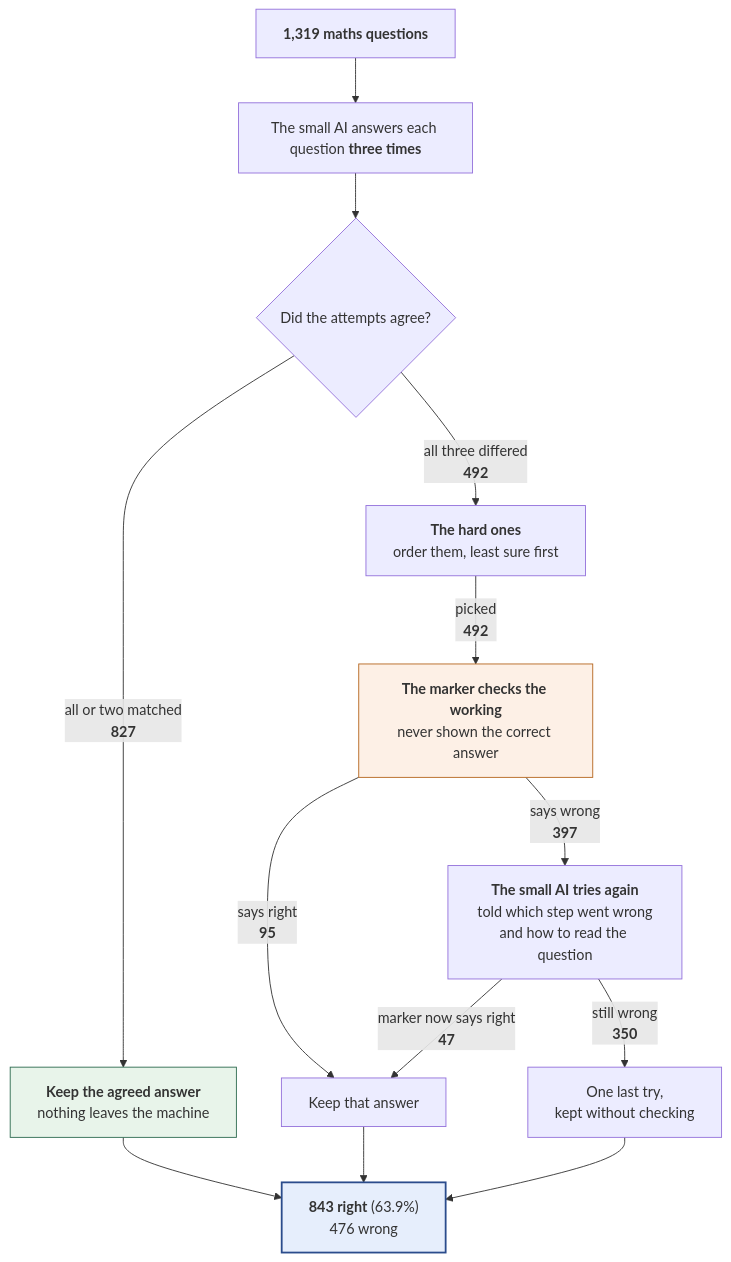
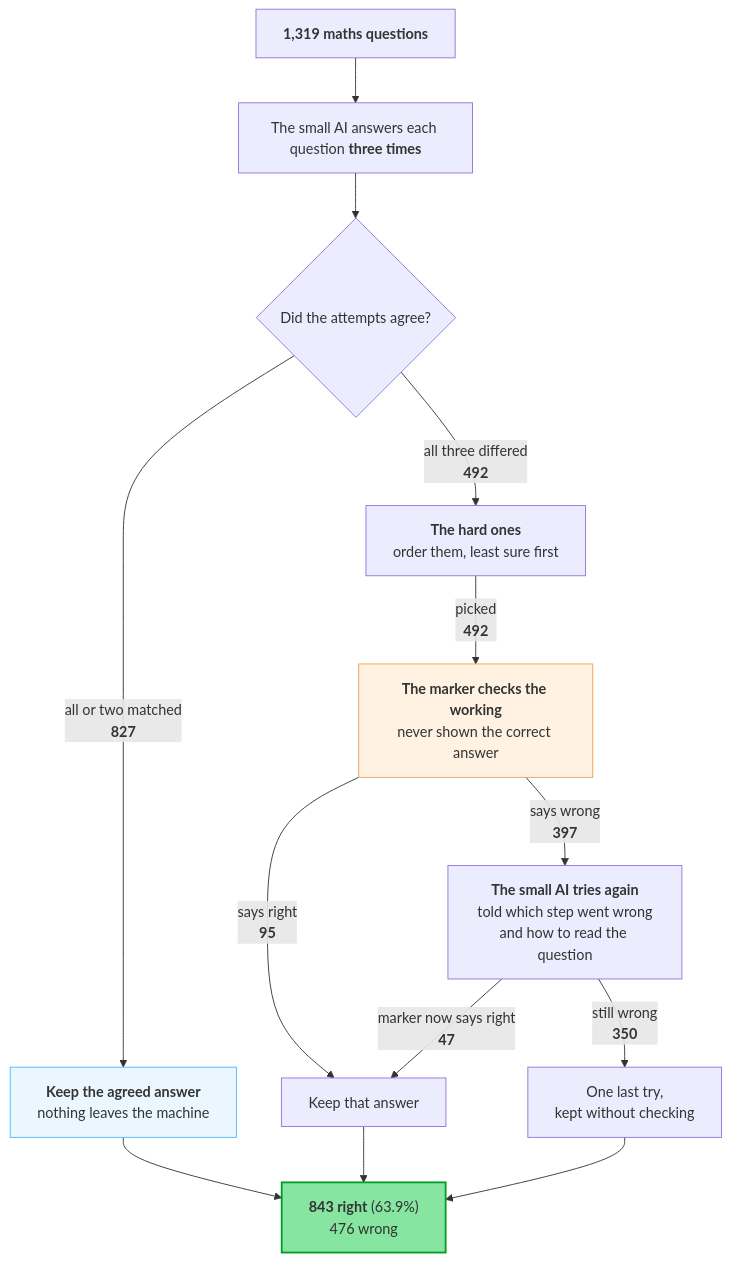
The second of 2 diagrams in docs/experiments/16_finetuned-model+vote+gate+checker_glm-30b_full-hint_37pct/README.md (SaminYeaserKhan/gemma4-finetune), drawn with Mermaid before and after one commit. The commit also changed other lines of this file and 143 other files, not shown here.

````diff
--- a/docs/experiments/16_finetuned-model+vote+gate+checker_glm-30b_full-hint_37pct/README.md
+++ b/docs/experiments/16_finetuned-model+vote+gate+checker_glm-30b_full-hint_37pct/README.md
@@ -64,20 +64,20 @@
 ```mermaid
 flowchart TD
     Q["<b>1,319 maths questions</b>"]
     Q --> A["The small AI answers each question <b>three times</b>"]
     A --> D{"Did the attempts agree?"}
     D -->|"all or two matched<br/><b>827</b>"| K["<b>Keep the agreed answer</b><br/>nothing leaves the machine"]
     D -->|"all three differed<br/><b>492</b>"| H["<b>The hard ones</b><br/>order them, least sure first"]
     H -->|"picked<br/><b>492</b>"| M["<b>The marker checks the working</b><br/>never shown the correct answer"]
     M -->|"says right<br/><b>95</b>"| KEEP2["Keep that answer"]
     M -->|"says wrong<br/><b>397</b>"| R1["<b>The small AI tries again</b><br/>told which step went wrong<br/>and how to read the question"]
     R1 -->|"marker now says right<br/><b>47</b>"| KEEP2
     R1 -->|"still wrong<br/><b>350</b>"| R2["One last try,<br/>kept without checking"]
     K --> RES
     KEEP2 --> RES
     R2 --> RES
     RES["<b>843 right</b> (63.9%)<br/>476 wrong"]
-    style K fill:#e8f4ea,stroke:#2d6a4f
-    style M fill:#fdf0e6,stroke:#b5651d
-    style RES fill:#e6eefc,stroke:#2b4c8c,stroke-width:2px
+    style K fill:#eaf7ff,stroke:#46bbfe
+    style M fill:#fff2e3,stroke:#f0a04b
+    style RES fill:#86e5a1,stroke:#009d25,stroke-width:2px
 ```
````
